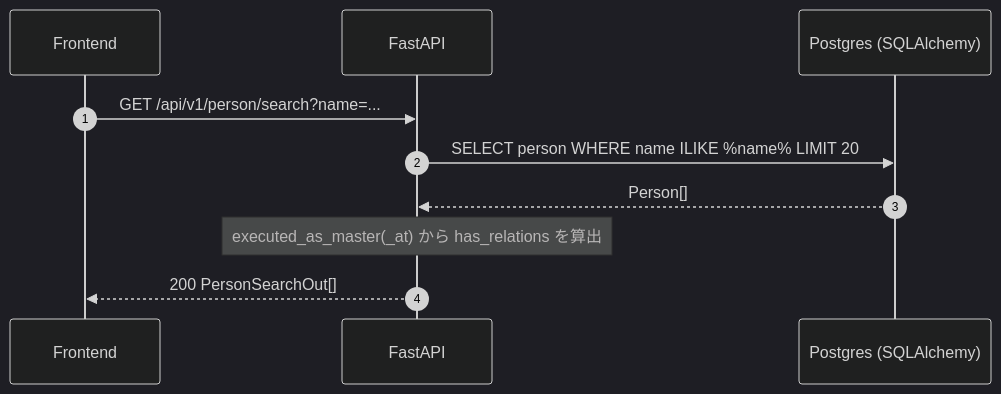
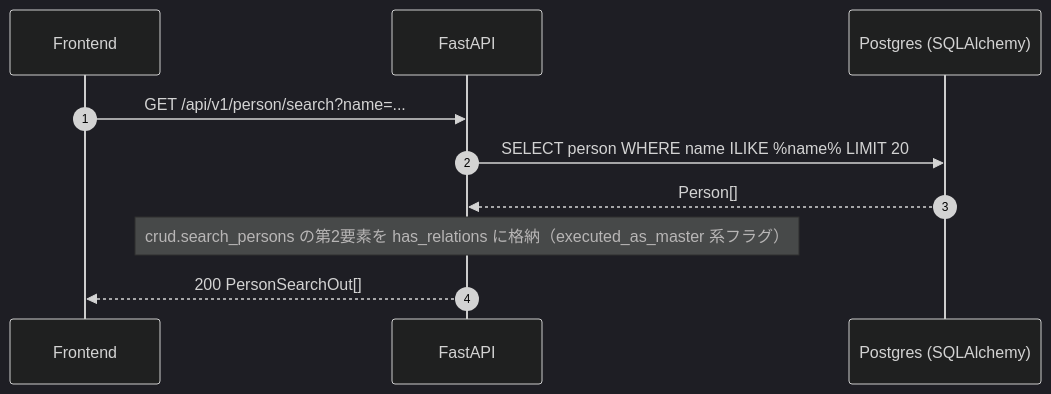
The fourth of 8 diagrams in doc/api.md (5avvadaJ1r0/people_relation), drawn with Mermaid (dark theme) before and after one commit. The commit also changed other lines of this file and 60 other files, not shown here.

````diff
--- a/doc/api.md
+++ b/doc/api.md
@@ -334,13 +372,13 @@
 ```mermaid
 sequenceDiagram
     autonumber
     participant FE as Frontend
     participant API as FastAPI
     participant DB as Postgres (SQLAlchemy)
 
     FE->>API: GET /api/v1/person/search?name=...
     API->>DB: SELECT person WHERE name ILIKE %name% LIMIT 20
     DB-->>API: Person[]
-    Note over API: executed_as_master(_at) から has_relations を算出
+    Note over API: crud.search_persons の第2要素を has_relations に格納（executed_as_master 系フラグ）
     API-->>FE: 200 PersonSearchOut[]
 ```
````
